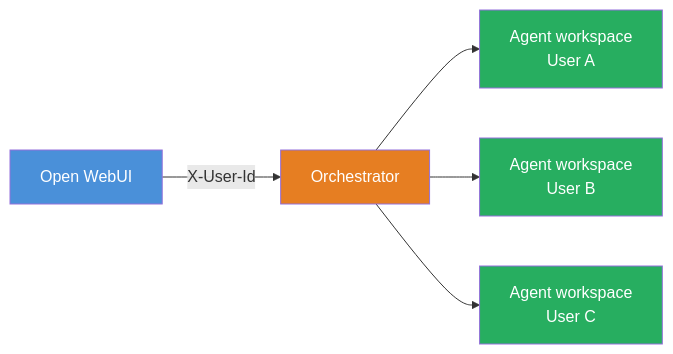
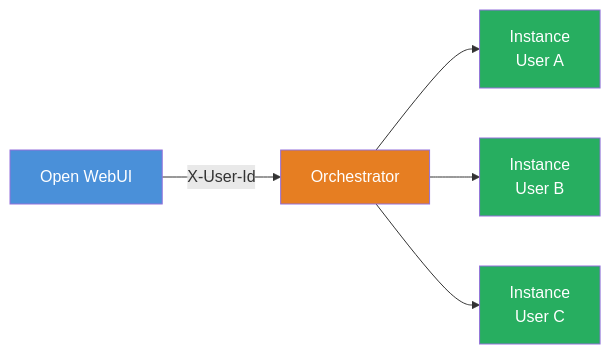
One commit to SMYQH/openwebuidocs changed the diagram in zh-cn/docs/features/open-terminal/terminals/index.mdx. Above: the diagram before and after it, drawn with Mermaid. The commit also changed other lines of this file and 138 other files, not shown here.

````diff
--- a/zh-cn/docs/features/open-terminal/terminals/index.mdx
+++ b/zh-cn/docs/features/open-terminal/terminals/index.mdx
@@ -26,15 +27,15 @@
 ```mermaid
 flowchart LR
     OW["Open WebUI"]
     OR["Orchestrator"]
     OW -->|X-User-Id| OR
-    OR --> TA["Agent workspace<br/>User A"]
-    OR --> TB["Agent workspace<br/>User B"]
-    OR --> TC["Agent workspace<br/>User C"]
+    OR --> TA["Instance<br/>User A"]
+    OR --> TB["Instance<br/>User B"]
+    OR --> TC["Instance<br/>User C"]
 
     style OW fill:#4a90d9,color:#fff
     style OR fill:#e67e22,color:#fff
     style TA fill:#27ae60,color:#fff
     style TB fill:#27ae60,color:#fff
     style TC fill:#27ae60,color:#fff
 ```
````
